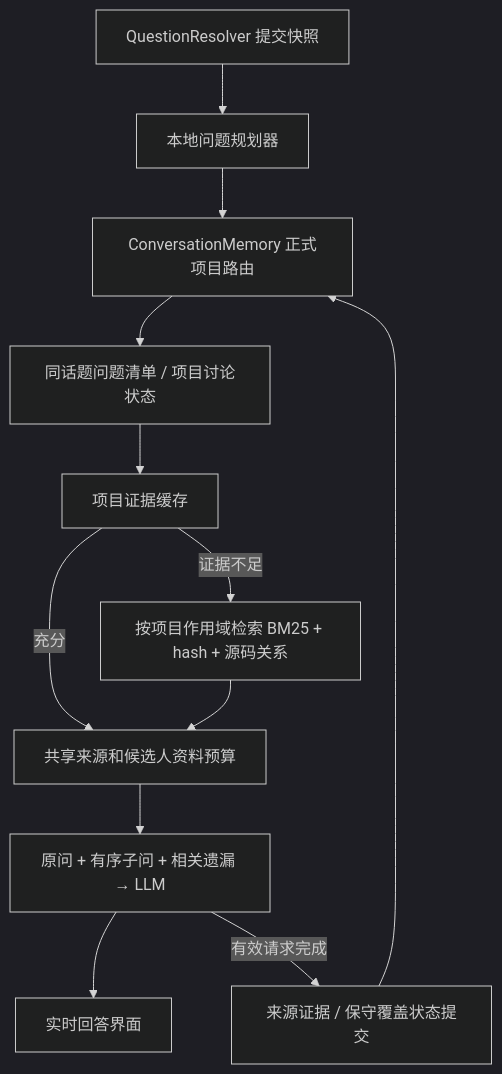
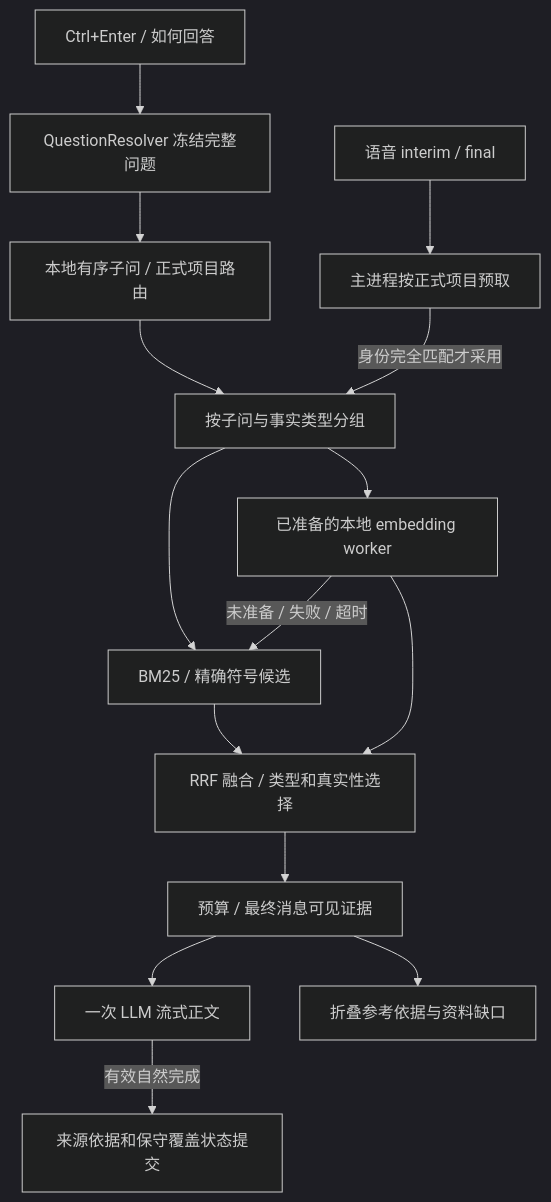
The diagram in docs/interview-agent.md (Astrea-296111/cue), drawn with Mermaid (dark theme) before and after one commit. The commit also changed other lines of this file and 96 other files, not shown here.

````diff
--- a/docs/interview-agent.md
+++ b/docs/interview-agent.md
@@ -5,14 +5,17 @@
 ```mermaid
 flowchart TD
-    Q[QuestionResolver 提交快照] --> P[本地问题规划器]
-    P --> M[ConversationMemory 正式项目路由]
-    M --> C[同话题问题清单 / 项目讨论状态]
-    C --> E[项目证据缓存]
-    E -->|证据不足| R[按项目作用域检索 BM25 + hash + 源码关系]
-    E -->|充分| B[共享来源和候选人资料预算]
-    R --> B
-    B --> L[原问 + 有序子问 + 相关遗漏 → LLM]
-    L --> U[实时回答界面]
-    L -->|有效请求完成| S[来源证据 / 保守覆盖状态提交]
-    S --> M
+    S[语音 interim / final] --> P[主进程按正式项目预取]
+    Q[Ctrl+Enter / 如何回答] --> R[QuestionResolver 冻结完整问题]
+    R --> M[本地有序子问 / 正式项目路由]
+    M --> C[按子问与事实类型分组]
+    P -->|身份完全匹配才采用| C
+    C --> B[BM25 / 精确符号候选]
+    C --> E[已准备的本地 embedding worker]
+    E -->|未准备 / 失败 / 超时| B
+    B --> F[RRF 融合 / 类型和真实性选择]
+    E --> F
+    F --> T[预算 / 最终消息可见证据]
+    T --> L[一次 LLM 流式正文]
+    T --> U[折叠参考依据与资料缺口]
+    L -->|有效自然完成| H[来源依据和保守覆盖状态提交]
 ```
````
